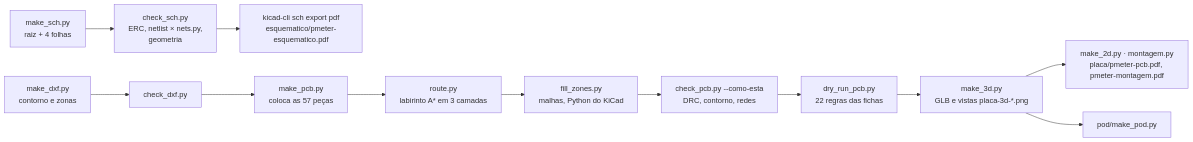
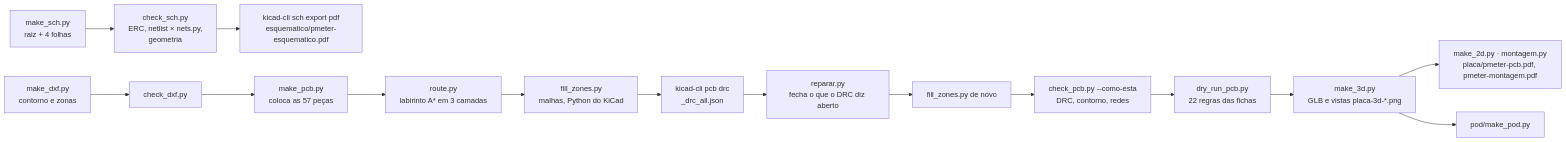
The diagram in hardware_powermeter/cad/README.md (Guiimartinho/bike-powermeter), drawn with Mermaid before and after one commit. The commit also changed other lines of this file and 23 other files, not shown here.

````diff
--- a/hardware_powermeter/cad/README.md
+++ b/hardware_powermeter/cad/README.md
@@ -20,14 +20,17 @@
 ```mermaid
 flowchart LR
     SCH["make_sch.py<br/>raiz + 4 folhas"] --> CSCH["check_sch.py<br/>ERC, netlist × nets.py,<br/>geometria"]
     CSCH --> PDF["kicad-cli sch export pdf<br/>esquematico/pmeter-esquematico.pdf"]
     DXF["make_dxf.py<br/>contorno e zonas"] --> CDXF["check_dxf.py"]
     CDXF --> PCB["make_pcb.py<br/>coloca as 57 peças"]
     PCB --> ROUTE["route.py<br/>labirinto A* em 3 camadas"]
     ROUTE --> FILL["fill_zones.py<br/>malhas, Python do KiCad"]
-    FILL --> CPCB["check_pcb.py --como-esta<br/>DRC, contorno, redes"]
+    FILL --> DRC1["kicad-cli pcb drc<br/>_drc_all.json"]
+    DRC1 --> REP["reparar.py<br/>fecha o que o DRC diz aberto"]
+    REP --> FILL2["fill_zones.py de novo"]
+    FILL2 --> CPCB["check_pcb.py --como-esta<br/>DRC, contorno, redes"]
     CPCB --> DRY["dry_run_pcb.py<br/>22 regras das fichas"]
     DRY --> M3D["make_3d.py<br/>GLB e vistas placa-3d-*.png"]
     M3D --> M2D["make_2d.py · montagem.py<br/>placa/pmeter-pcb.pdf, pmeter-montagem.pdf"]
     M3D --> POD["pod/make_pod.py"]
 ```
````
